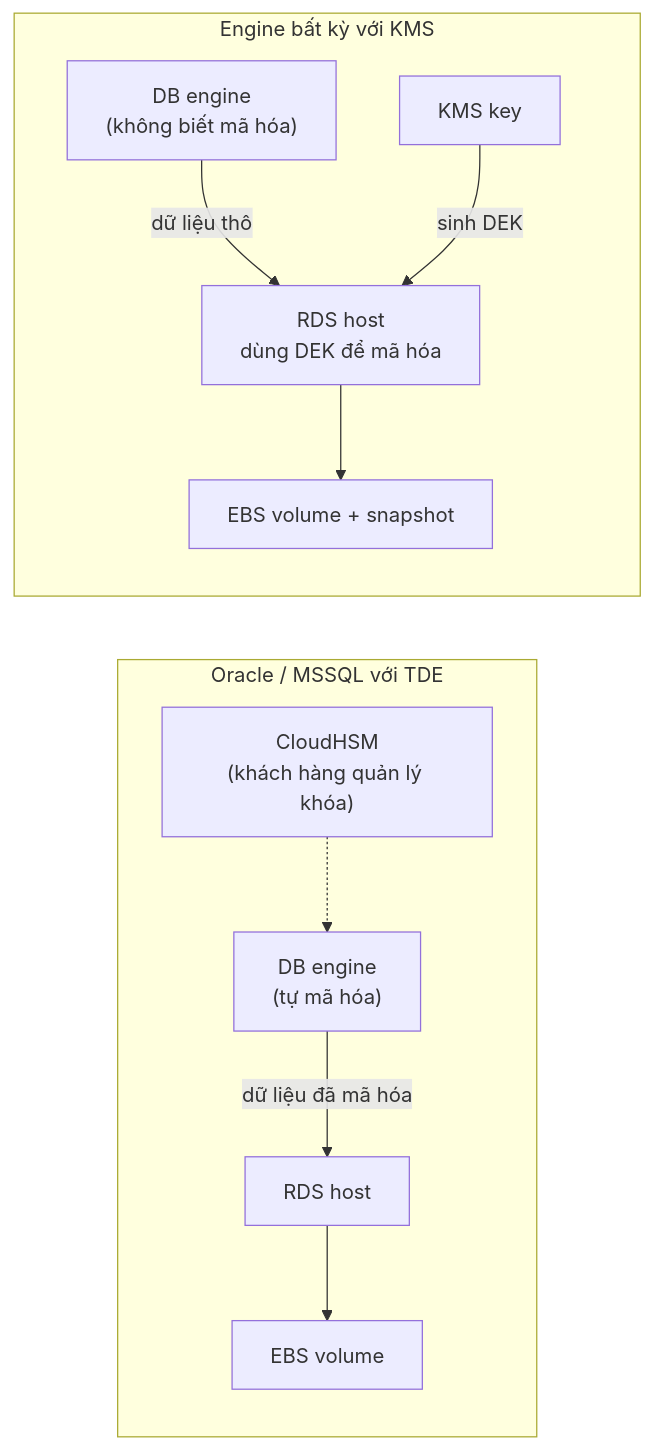
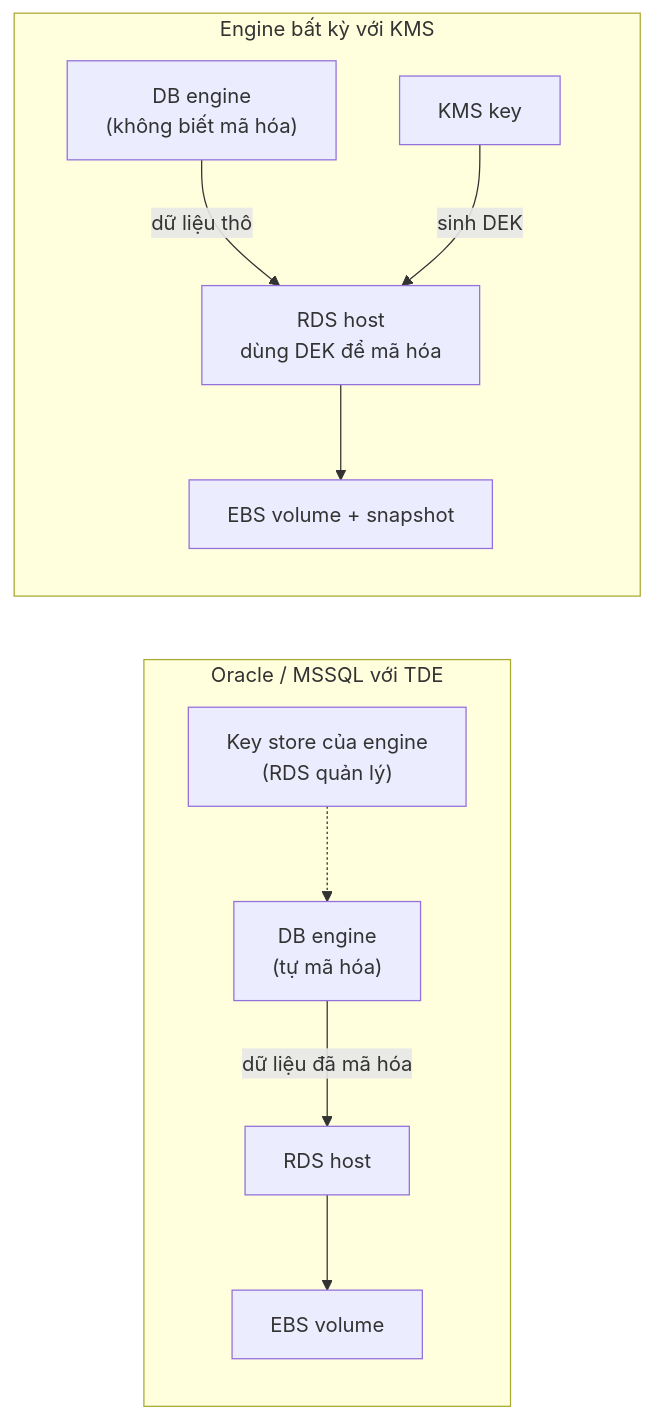
One commit to hairbui76/aws-saa-c03 changed the first of 2 diagrams in data/11 Databases/RDS Security.md. Above: the diagram before and after it, drawn with Mermaid. The commit also changed other lines of this file and 68 other files, not shown here.

````diff
--- a/data/11 Databases/RDS Security.md
+++ b/data/11 Databases/RDS Security.md
@@ -38,11 +41,11 @@
 ```mermaid
 flowchart LR
   subgraph TDE["Oracle / MSSQL với TDE"]
     E1["DB engine<br/>(tự mã hóa)"] -->|"dữ liệu đã mã hóa"| H1["RDS host"] --> V1["EBS volume"]
-    HSM["CloudHSM<br/>(khách hàng quản lý khóa)"] -.-> E1
+    KS["Key store của engine<br/>(RDS quản lý)"] -.-> E1
   end
   subgraph KMSE["Engine bất kỳ với KMS"]
     E2["DB engine<br/>(không biết mã hóa)"] -->|"dữ liệu thô"| H2["RDS host<br/>dùng DEK để mã hóa"] --> V2["EBS volume + snapshot"]
     K["KMS key"] -->|"sinh DEK"| H2
   end
 ```
````
